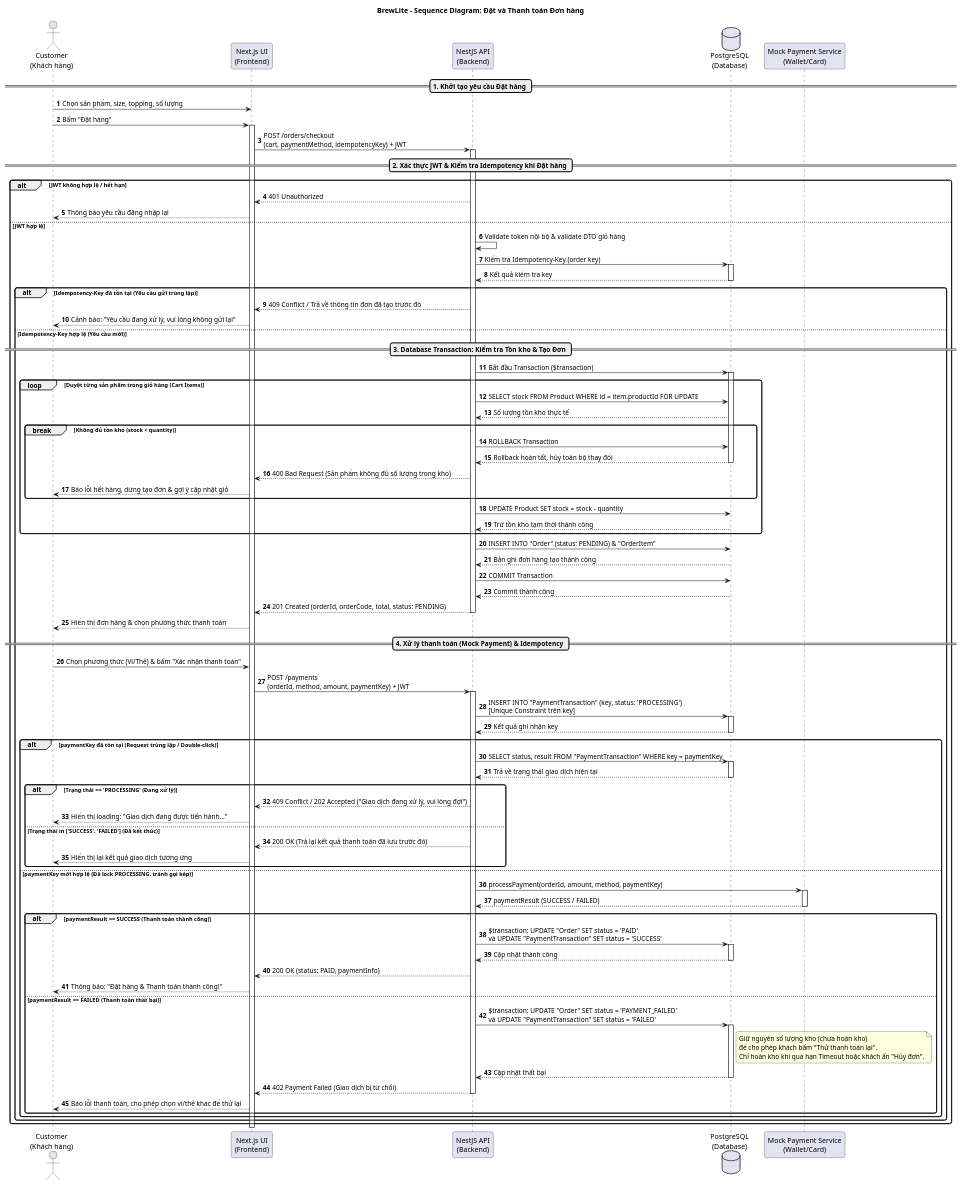
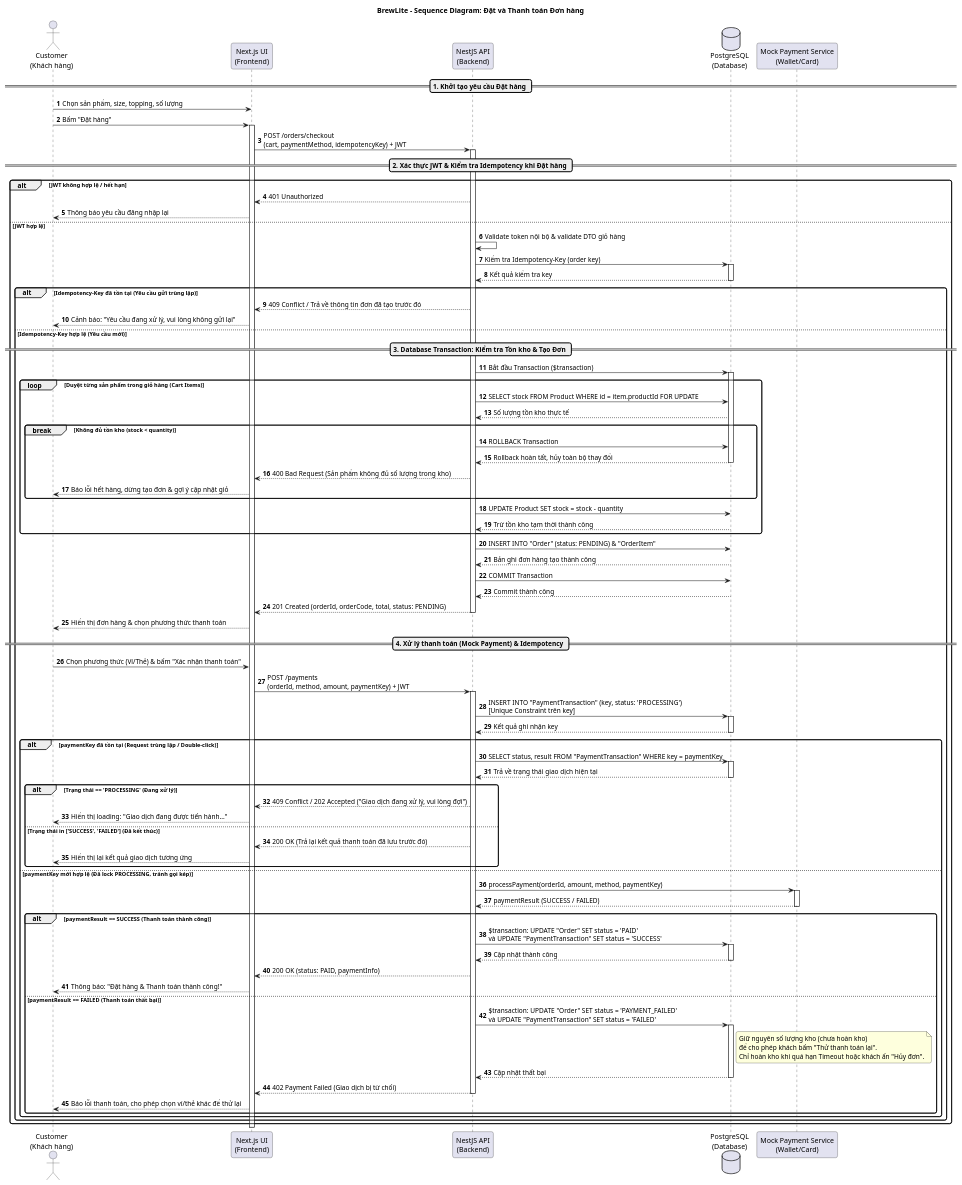
One commit to ngtuankiet241-cmd/Assignment2--Brewlite changed the diagram in docs/diagrams/sequence-checkout.puml. Above: the diagram before and after it, drawn with PlantUML. The commit also changed 8 other files, not shown here.

Commit message:
fix(diagrams): resolve PlantUML syntax errors and re-render Activity, Sequence, and Deployment diagram PNGs

```diff
--- a/docs/diagrams/sequence-checkout.puml
+++ b/docs/diagrams/sequence-checkout.puml
@@ -1,123 +1,131 @@
 @startuml sequence-checkout
 autonumber
-skinparam BoxPadding 10
-skinparam ParticipantPadding 15
+<style>
+sequenceDiagram {
+  participant {
+    Padding 15
+  }
+  box {
+    Padding 10
+  }
+}
+</style>
 skinparam ResponseMessageBelowArrow true
 skinparam RoundCorner 8
 
 title BrewLite – Sequence Diagram: Đặt và Thanh toán Đơn hàng
 
 actor "Customer\n(Khách hàng)" as Customer
 participant "Next.js UI\n(Frontend)" as UI
 participant "NestJS API\n(Backend)" as API
 database "PostgreSQL\n(Database)" as DB
 participant "Mock Payment Service\n(Wallet/Card)" as Payment
 
 == 1. Khởi tạo yêu cầu Đặt hàng ==
 Customer -> UI: Chọn sản phẩm, size, topping, số lượng
 Customer -> UI: Bấm "Đặt hàng"
 activate UI
 UI -> API: POST /orders/checkout\n(cart, paymentMethod, idempotencyKey) + JWT
 activate API
 
 == 2. Xác thực JWT & Kiểm tra Idempotency khi Đặt hàng ==
 alt JWT không hợp lệ / hết hạn
     API --> UI: 401 Unauthorized
     UI --> Customer: Thông báo yêu cầu đăng nhập lại
 else JWT hợp lệ
     API -> API: Validate token nội bộ & validate DTO giỏ hàng
     API -> DB: Kiểm tra Idempotency-Key (order key)
     activate DB
     DB --> API: Kết quả kiểm tra key
     deactivate DB
 
     alt Idempotency-Key đã tồn tại (Yêu cầu gửi trùng lặp)
         API --> UI: 409 Conflict / Trả về thông tin đơn đã tạo trước đó
         UI --> Customer: Cảnh báo: "Yêu cầu đang xử lý, vui lòng không gửi lại"
     else Idempotency-Key hợp lệ (Yêu cầu mới)
         == 3. Database Transaction: Kiểm tra Tồn kho & Tạo Đơn ==
         API -> DB: Bắt đầu Transaction ($transaction)
         activate DB
 
         loop Duyệt từng sản phẩm trong giỏ hàng (Cart Items)
             API -> DB: SELECT stock FROM Product WHERE id = item.productId FOR UPDATE
             DB --> API: Số lượng tồn kho thực tế
             
             break Không đủ tồn kho (stock < quantity)
                 API -> DB: ROLLBACK Transaction
                 DB --> API: Rollback hoàn tất, hủy toàn bộ thay đổi
                 deactivate DB
                 API --> UI: 400 Bad Request (Sản phẩm không đủ số lượng trong kho)
                 UI --> Customer: Báo lỗi hết hàng, dừng tạo đơn & gợi ý cập nhật giỏ
             end
             
             API -> DB: UPDATE Product SET stock = stock - quantity
             DB --> API: Trừ tồn kho tạm thời thành công
         end
 
         API -> DB: INSERT INTO "Order" (status: PENDING) & "OrderItem"
         DB --> API: Bản ghi đơn hàng tạo thành công
         API -> DB: COMMIT Transaction
         DB --> API: Commit thành công
         deactivate DB
 
         API --> UI: 201 Created (orderId, orderCode, total, status: PENDING)
         deactivate API
         UI --> Customer: Hiển thị đơn hàng & chọn phương thức thanh toán
 
         == 4. Xử lý thanh toán (Mock Payment) & Idempotency ==
         Customer -> UI: Chọn phương thức (Ví/Thẻ) & bấm "Xác nhận thanh toán"
         UI -> API: POST /payments\n(orderId, method, amount, paymentKey) + JWT
         activate API
 
         API -> DB: INSERT INTO "PaymentTransaction" (key, status: 'PROCESSING')\n[Unique Constraint trên key]
         activate DB
         DB --> API: Kết quả ghi nhận key
         deactivate DB
 
         alt paymentKey đã tồn tại (Request trùng lặp / Double-click)
             API -> DB: SELECT status, result FROM "PaymentTransaction" WHERE key = paymentKey
             activate DB
             DB --> API: Trả về trạng thái giao dịch hiện tại
             deactivate DB
 
             alt Trạng thái == 'PROCESSING' (Đang xử lý)
                 API --> UI: 409 Conflict / 202 Accepted ("Giao dịch đang xử lý, vui lòng đợi")
                 UI --> Customer: Hiển thị loading: "Giao dịch đang được tiến hành..."
             else Trạng thái in ['SUCCESS', 'FAILED'] (Đã kết thúc)
                 API --> UI: 200 OK (Trả lại kết quả thanh toán đã lưu trước đó)
                 UI --> Customer: Hiển thị lại kết quả giao dịch tương ứng
             end
         else paymentKey mới hợp lệ (Đã lock PROCESSING, tránh gọi kép)
             API -> Payment: processPayment(orderId, amount, method, paymentKey)
             activate Payment
             Payment --> API: paymentResult (SUCCESS / FAILED)
             deactivate Payment
 
             alt paymentResult == SUCCESS (Thanh toán thành công)
                 API -> DB: $transaction: UPDATE "Order" SET status = 'PAID'\nvà UPDATE "PaymentTransaction" SET status = 'SUCCESS'
                 activate DB
                 DB --> API: Cập nhật thành công
                 deactivate DB
                 API --> UI: 200 OK (status: PAID, paymentInfo)
                 UI --> Customer: Thông báo: "Đặt hàng & Thanh toán thành công!"
             else paymentResult == FAILED (Thanh toán thất bại)
                 API -> DB: $transaction: UPDATE "Order" SET status = 'PAYMENT_FAILED'\nvà UPDATE "PaymentTransaction" SET status = 'FAILED'
                 activate DB
                 note right of DB
                     Giữ nguyên số lượng kho (chưa hoàn kho)
                     để cho phép khách bấm "Thử thanh toán lại".
                     Chỉ hoàn kho khi quá hạn Timeout hoặc khách ấn "Hủy đơn".
                 end note
                 DB --> API: Cập nhật thất bại
                 deactivate DB
                 API --> UI: 402 Payment Failed (Giao dịch bị từ chối)
                 deactivate API
                 UI --> Customer: Báo lỗi thanh toán, cho phép chọn ví/thẻ khác để thử lại
             end
         end
     end
 end
 deactivate UI
 
 @enduml
```
